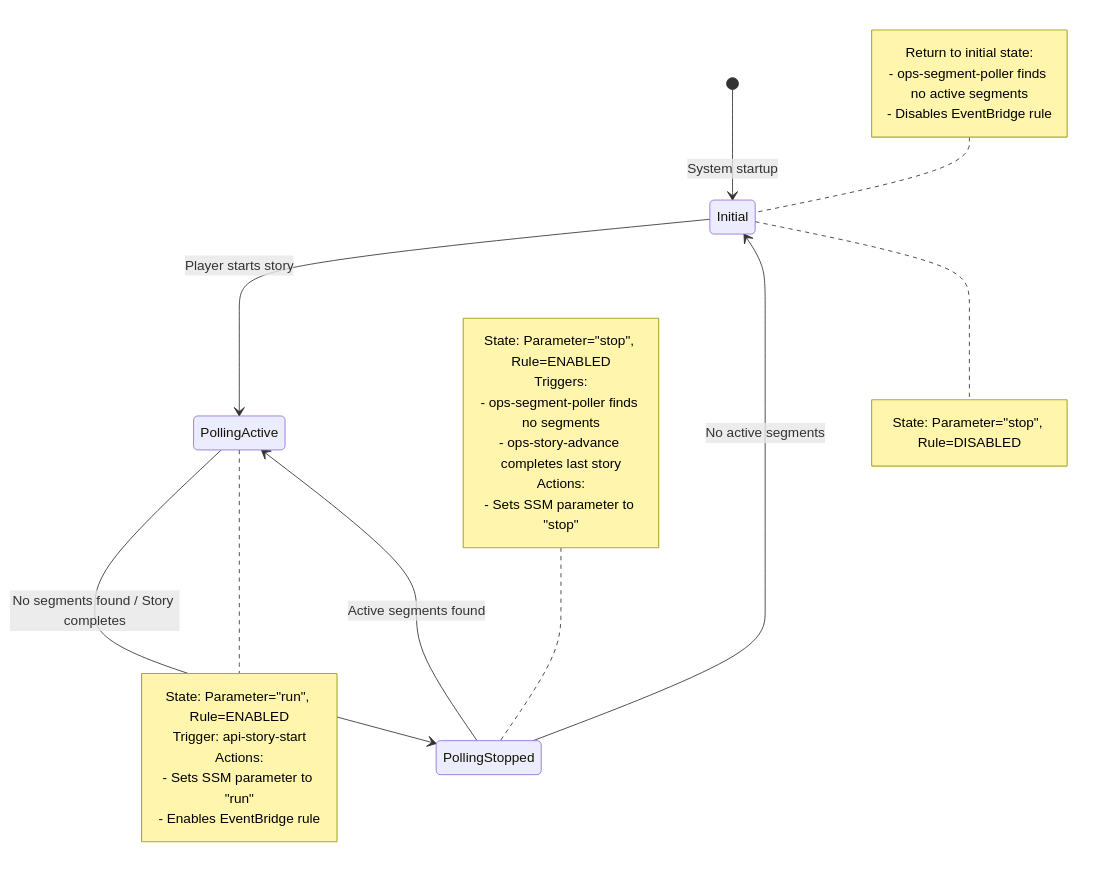
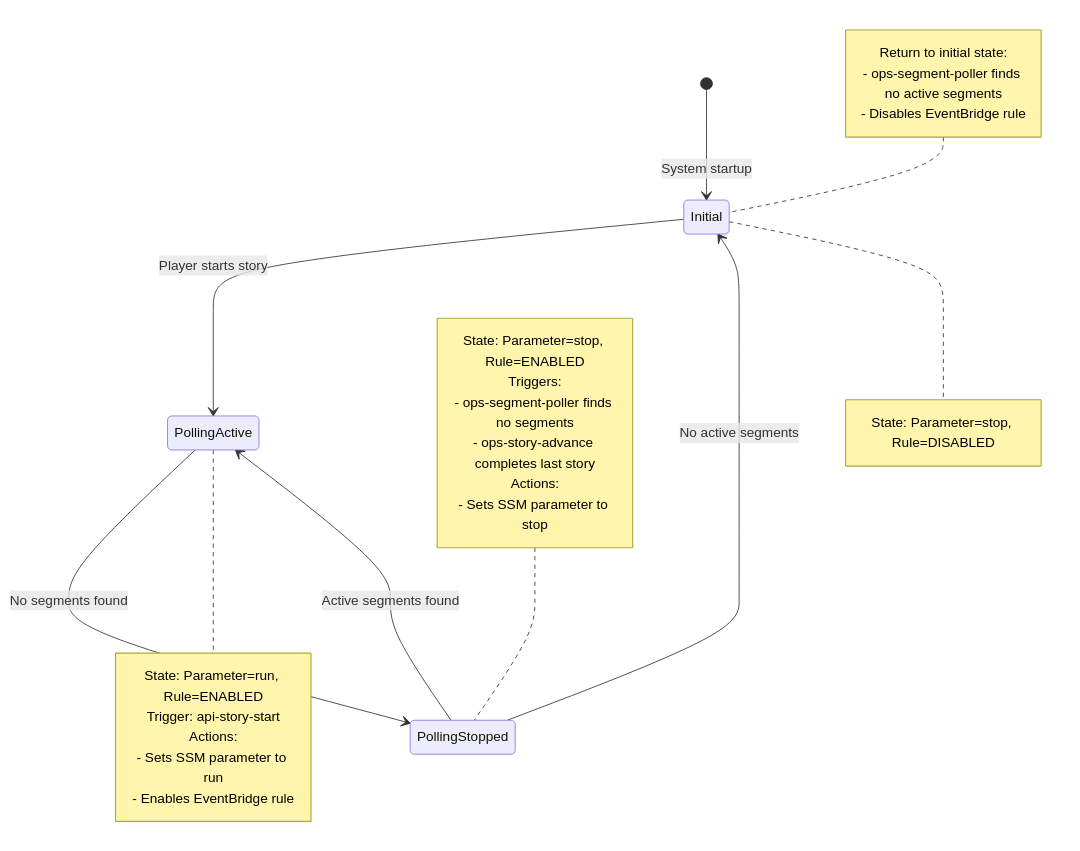
Before and after one commit to darkrelics/eidolon-engine: the third of 7 diagrams in documentation/architecture.md, drawn with Mermaid. The commit also changed other lines of this file, not shown here.

````diff
--- a/documentation/architecture.md
+++ b/documentation/architecture.md
@@ -218,35 +222,35 @@
 ```mermaid
 stateDiagram-v2
     [*] --> Initial: System startup
     Initial --> PollingActive: Player starts story
-    PollingActive --> PollingStopped: No segments found / Story completes
+    PollingActive --> PollingStopped: No segments found
     PollingStopped --> PollingActive: Active segments found
     PollingStopped --> Initial: No active segments
 
     note right of Initial
-        State: Parameter="stop", Rule=DISABLED
+        State: Parameter=stop, Rule=DISABLED
     end note
 
     note right of PollingActive
-        State: Parameter="run", Rule=ENABLED
+        State: Parameter=run, Rule=ENABLED
         Trigger: api-story-start
         Actions:
-        - Sets SSM parameter to "run"
+        - Sets SSM parameter to run
         - Enables EventBridge rule
     end note
 
     note left of PollingStopped
-        State: Parameter="stop", Rule=ENABLED
+        State: Parameter=stop, Rule=ENABLED
         Triggers:
         - ops-segment-poller finds no segments
         - ops-story-advance completes last story
         Actions:
-        - Sets SSM parameter to "stop"
+        - Sets SSM parameter to stop
     end note
 
     note left of Initial
         Return to initial state:
         - ops-segment-poller finds no active segments
         - Disables EventBridge rule
     end note
 ```
````
